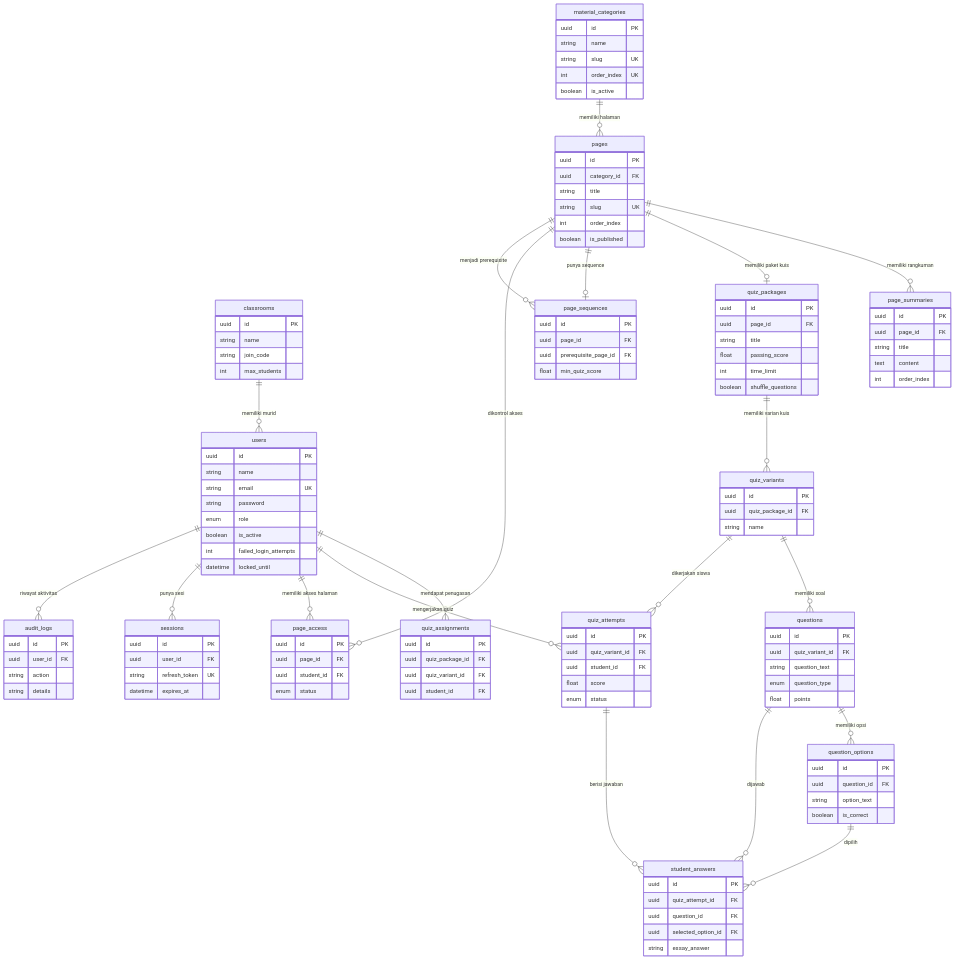
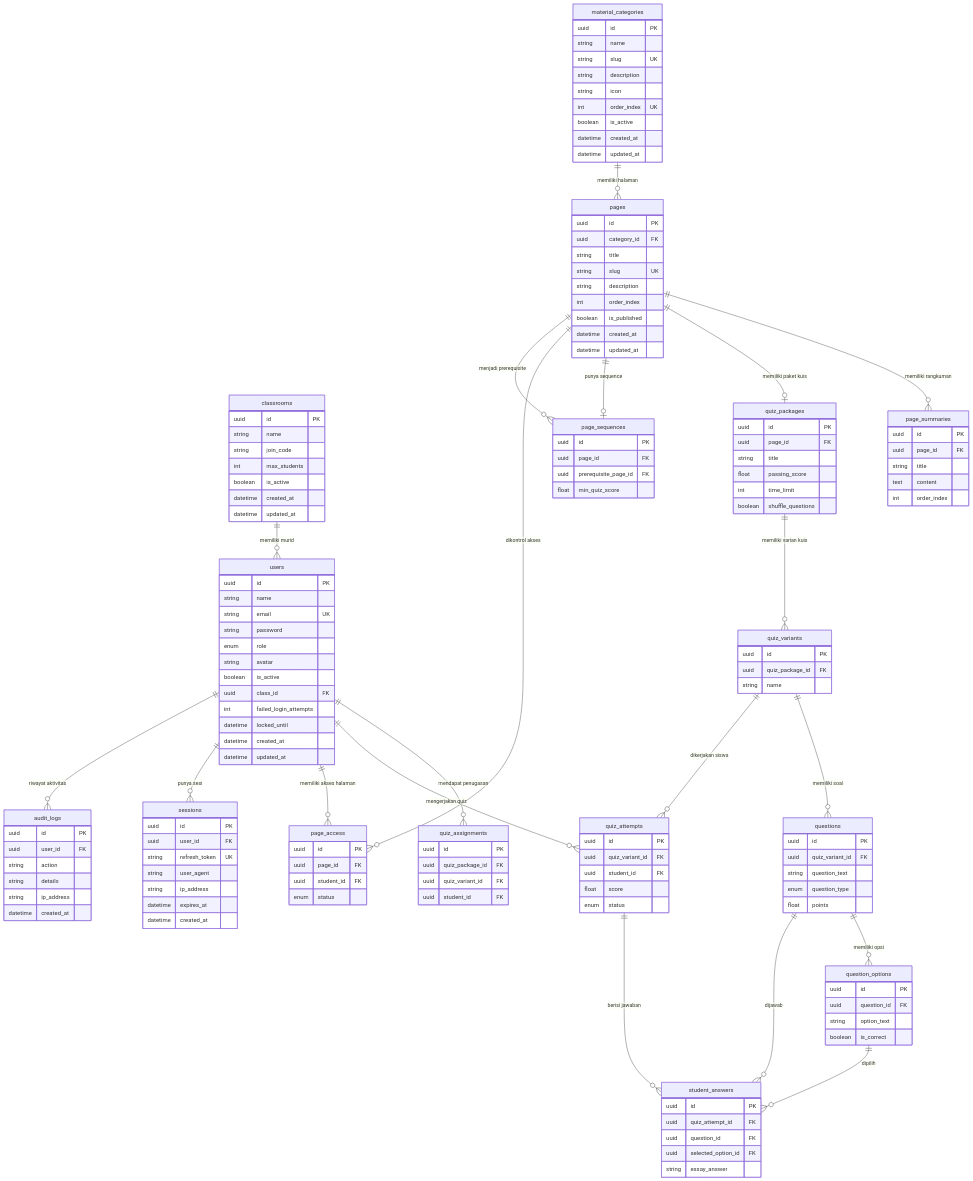
Before and after one commit to farhanyp/html-11-rpl-2: the first of 3 diagrams in docs/ERD_LMS.md, drawn with Mermaid. The commit also changed other lines of this file and 11 other files, not shown here.

```diff
--- a/docs/ERD_LMS.md
+++ b/docs/ERD_LMS.md
@@ -317,11 +311,14 @@
     quiz_attempts ||--o{ student_answers : "berisi jawaban"
     question_options ||--o{ student_answers : "dipilih"
 
-        classrooms {
+    classrooms {
         uuid id PK
         string name
         string join_code
         int max_students
+        boolean is_active
+        datetime created_at
+        datetime updated_at
     }
 
     users {
@@ -330,16 +327,23 @@
         string email UK
         string password
         enum role
+        string avatar
         boolean is_active
+        uuid class_id FK
         int failed_login_attempts
         datetime locked_until
+        datetime created_at
+        datetime updated_at
     }
 
     sessions {
         uuid id PK
         uuid user_id FK
         string refresh_token UK
+        string user_agent
+        string ip_address
         datetime expires_at
+        datetime created_at
     }
 
     audit_logs {
@@ -347,14 +351,20 @@
         uuid user_id FK
         string action
         string details
+        string ip_address
+        datetime created_at
     }
 
     material_categories {
         uuid id PK
         string name
         string slug UK
+        string description
+        string icon
         int order_index UK
         boolean is_active
+        datetime created_at
+        datetime updated_at
     }
 
     pages {
@@ -362,8 +372,11 @@
         uuid category_id FK
         string title
         string slug UK
+        string description
         int order_index
         boolean is_published
+        datetime created_at
+        datetime updated_at
     }
 
     page_summaries {
```
